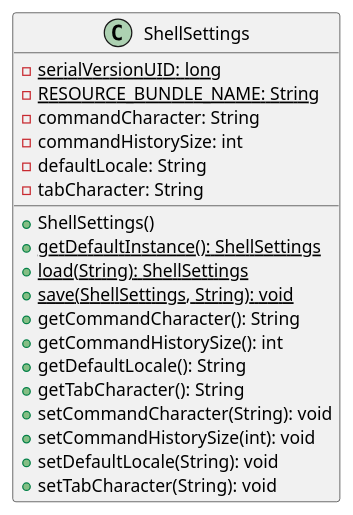
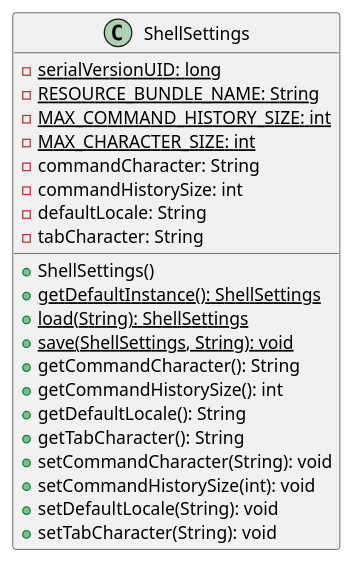
Before and after one commit to P-Kalin/kit26a: the diagram in malokhvii-eduard/malokhvii04/doc/plantuml/ua/khpi/oop/malokhvii04/shell/ShellSettings.puml, drawn with PlantUML. The commit also changed 7 other files, not shown here.

Commit message:
#3 malokhvii04: update graphs

```diff
--- a/malokhvii-eduard/malokhvii04/doc/plantuml/ua/khpi/oop/malokhvii04/shell/ShellSettings.puml
+++ b/malokhvii-eduard/malokhvii04/doc/plantuml/ua/khpi/oop/malokhvii04/shell/ShellSettings.puml
@@ -1,24 +1,26 @@
 @startuml
 
     class ShellSettings {
         {static} -serialVersionUID: long
         {static} -RESOURCE_BUNDLE_NAME: String
+        {static} -MAX_COMMAND_HISTORY_SIZE: int
+        {static} -MAX_CHARACTER_SIZE: int
         -commandCharacter: String
         -commandHistorySize: int
         -defaultLocale: String
         -tabCharacter: String
         +ShellSettings()
         {static} +getDefaultInstance(): ShellSettings
         {static} +load(String): ShellSettings
         {static} +save(ShellSettings, String): void
         +getCommandCharacter(): String
         +getCommandHistorySize(): int
         +getDefaultLocale(): String
         +getTabCharacter(): String
         +setCommandCharacter(String): void
         +setCommandHistorySize(int): void
         +setDefaultLocale(String): void
         +setTabCharacter(String): void
     }
 
 @enduml
```
